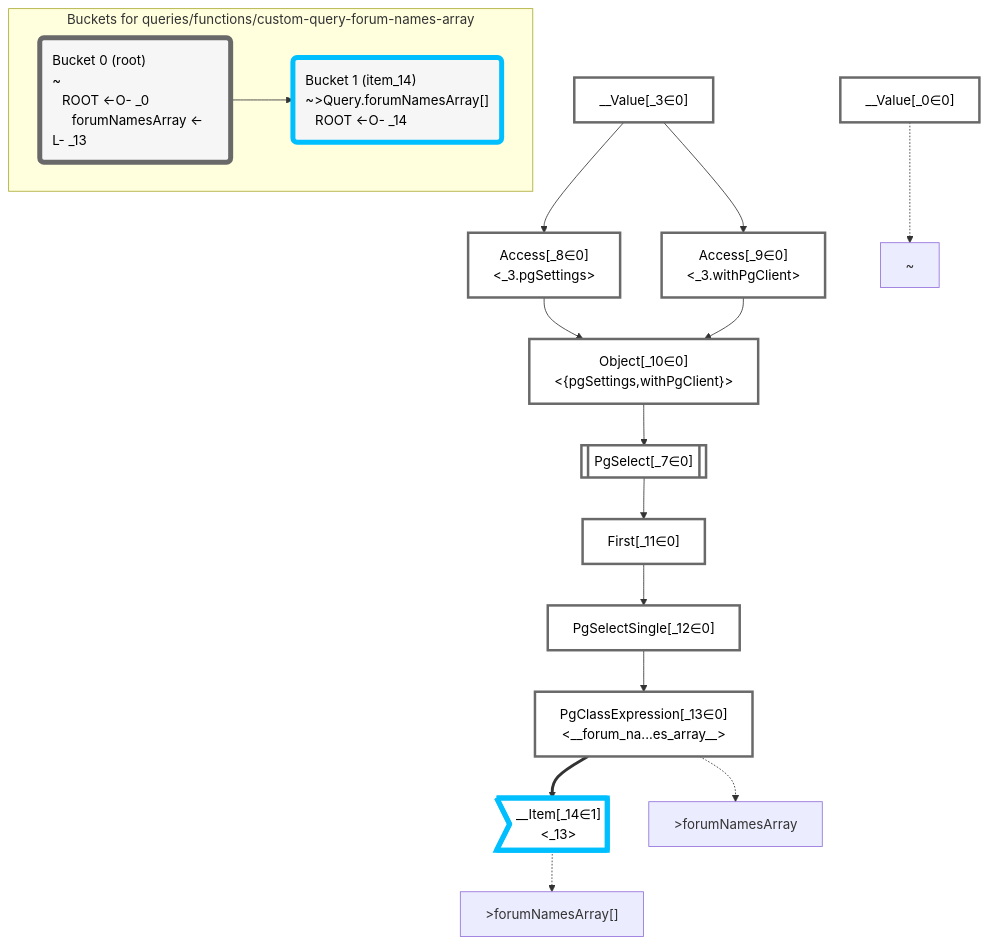
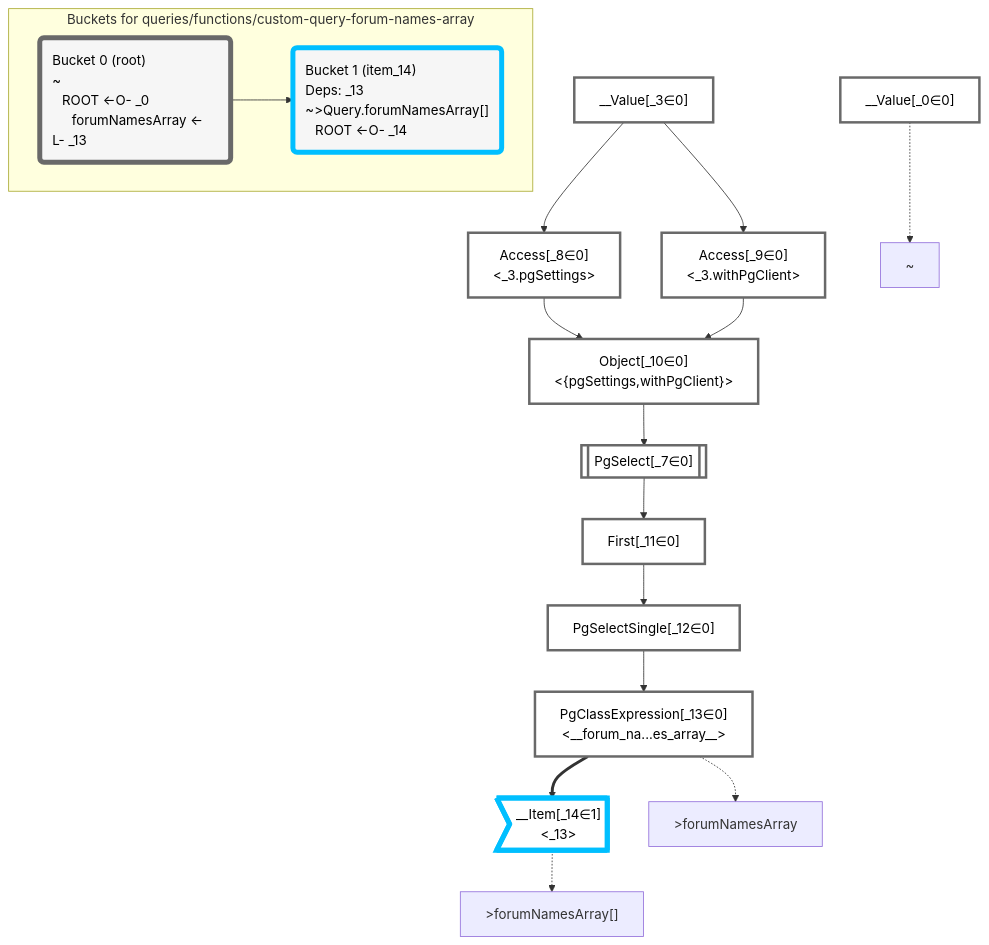
Before and after one commit to graphile/crystal: the diagram in packages/dataplan-pg/__tests__/queries/functions/custom-query-forum-names-array.mermaid.md, drawn with Mermaid. The commit also changed 157 other files, not shown here.

Commit message:
Add deps to all query snapshots

````diff
--- a/packages/dataplan-pg/__tests__/queries/functions/custom-query-forum-names-array.mermaid.md
+++ b/packages/dataplan-pg/__tests__/queries/functions/custom-query-forum-names-array.mermaid.md
@@ -1,54 +1,54 @@
 ```mermaid
 graph TD
     classDef path fill:#eee,stroke:#000,color:#000
     classDef plan fill:#fff,stroke-width:3px,color:#000
     classDef itemplan fill:#fff,stroke-width:6px,color:#000
     classDef sideeffectplan fill:#f00,stroke-width:6px,color:#000
     classDef bucket fill:#f6f6f6,color:#000,stroke-width:6px,text-align:left
 
 
     %% define plans
     __Value_0["__Value[_0∈0]"]:::plan
     __Value_3["__Value[_3∈0]<br /><context>"]:::plan
     PgSelect_7[["PgSelect[_7∈0]<br /><forum_names_array>"]]:::plan
     Access_8["Access[_8∈0]<br /><_3.pgSettings>"]:::plan
     Access_9["Access[_9∈0]<br /><_3.withPgClient>"]:::plan
     Object_10["Object[_10∈0]<br /><{pgSettings,withPgClient}>"]:::plan
     First_11["First[_11∈0]"]:::plan
     PgSelectSingle_12["PgSelectSingle[_12∈0]<br /><forum_names_array>"]:::plan
     PgClassExpression_13["PgClassExpression[_13∈0]<br /><__forum_na...es_array__>"]:::plan
     __Item_14>"__Item[_14∈1]<br /><_13>"]:::itemplan
 
     %% plan dependencies
     Object_10 --> PgSelect_7
     __Value_3 --> Access_8
     __Value_3 --> Access_9
     Access_8 --> Object_10
     Access_9 --> Object_10
     PgSelect_7 --> First_11
     First_11 --> PgSelectSingle_12
     PgSelectSingle_12 --> PgClassExpression_13
     PgClassExpression_13 ==> __Item_14
 
     %% plan-to-path relationships
     P_0["~"]
     __Value_0 -.-> P_0
     P_13[">forumNamesArray"]
     PgClassExpression_13 -.-> P_13
     P_14[">forumNamesArray[]"]
     __Item_14 -.-> P_14
 
     %% allocate buckets
     classDef bucket0 stroke:#696969
     class __Value_0,__Value_3,PgSelect_7,Access_8,Access_9,Object_10,First_11,PgSelectSingle_12,PgClassExpression_13 bucket0
     classDef bucket1 stroke:#00bfff
     class __Item_14 bucket1
 
     subgraph "Buckets for queries/functions/custom-query-forum-names-array"
     Bucket0("Bucket 0 (root)<br />~<br />⠀ROOT <-O- _0<br />⠀⠀forumNamesArray <-L- _13"):::bucket
     style Bucket0 stroke:#696969
-    Bucket1("Bucket 1 (item_14)<br />~>Query.forumNamesArray[]<br />⠀ROOT <-O- _14"):::bucket
+    Bucket1("Bucket 1 (item_14)<br />Deps: _13<br />~>Query.forumNamesArray[]<br />⠀ROOT <-O- _14"):::bucket
     style Bucket1 stroke:#00bfff
     Bucket0 --> Bucket1
     end
 ```
````
